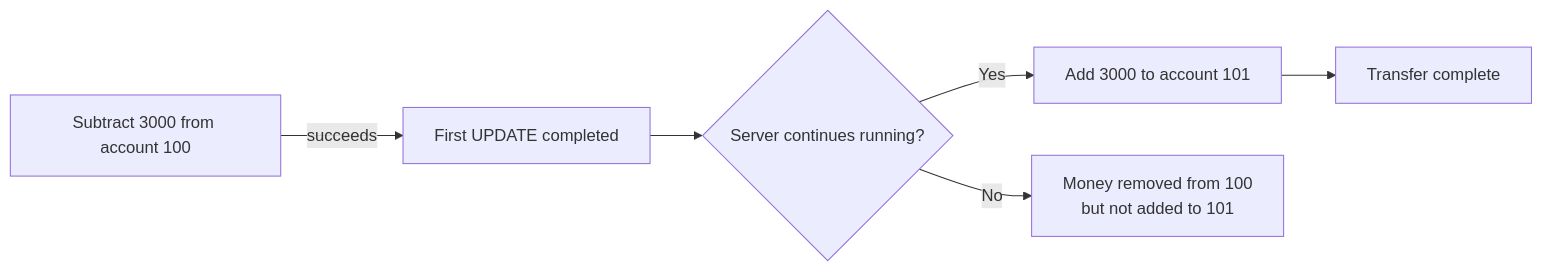
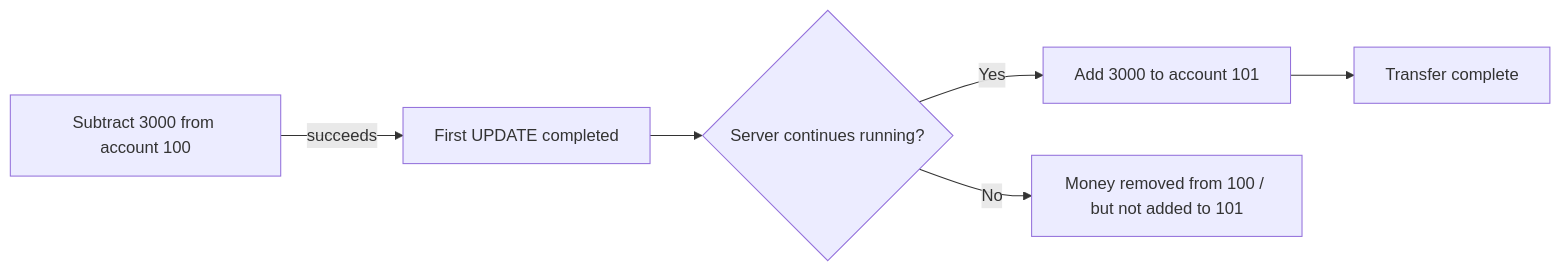
The seventh of 12 diagrams in labs/lab03-stored-procedures.md (tjovic/database-design-labs-public), drawn with Mermaid before and after one commit. The commit also changed other lines of this file, not shown here.

````diff
--- a/labs/lab03-stored-procedures.md
+++ b/labs/lab03-stored-procedures.md
@@ -793,8 +797,8 @@
 ```mermaid
 flowchart LR
     A[Subtract 3000 from account 100] -->|succeeds| B[First UPDATE completed]
     B --> C{Server continues running?}
     C -- Yes --> D[Add 3000 to account 101]
     D --> E[Transfer complete]
-    C -- No --> F[Money removed from 100<br/>but not added to 101]
+    C -- No --> F[Money removed from 100 / but not added to 101]
 ```
````
